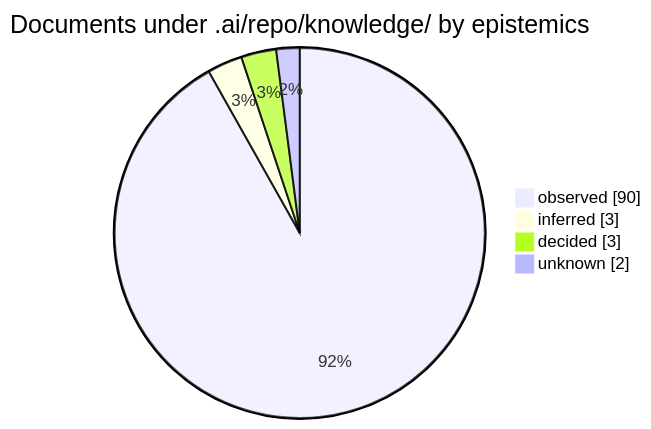
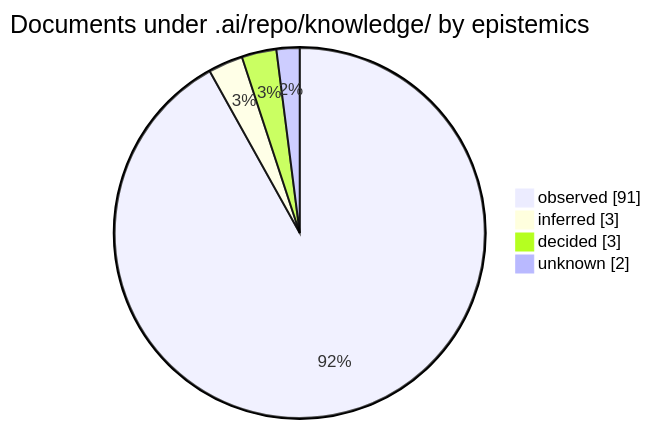
Before and after one commit to korczis/OpenTTD: the third of 3 diagrams in .ai/repo/knowledge/README.md, drawn with Mermaid. The commit also changed other lines of this file and 6 other files, not shown here.

````diff
--- a/.ai/repo/knowledge/README.md
+++ b/.ai/repo/knowledge/README.md
@@ -59,8 +59,8 @@
 ```mermaid
 pie showData title Documents under .ai/repo/knowledge/ by epistemics
     %% links: README.md?col=Epistemics&filter=observed#records-generated | README.md?col=Epistemics&filter=inferred#records-generated | README.md?col=Epistemics&filter=decided#records-generated | README.md?col=Epistemics&filter=#records-generated
-    "observed" : 90
+    "observed" : 91
     "inferred" : 3
     "decided" : 3
     "unknown" : 2
 ```
````
